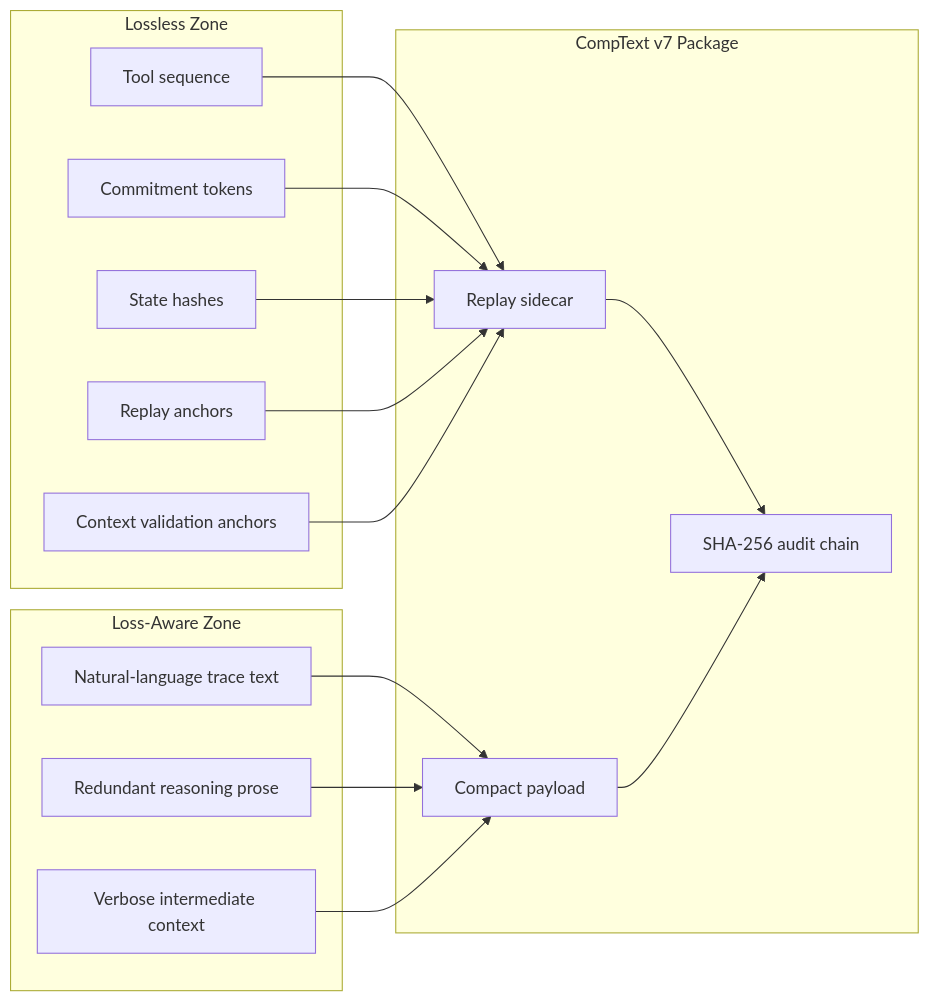
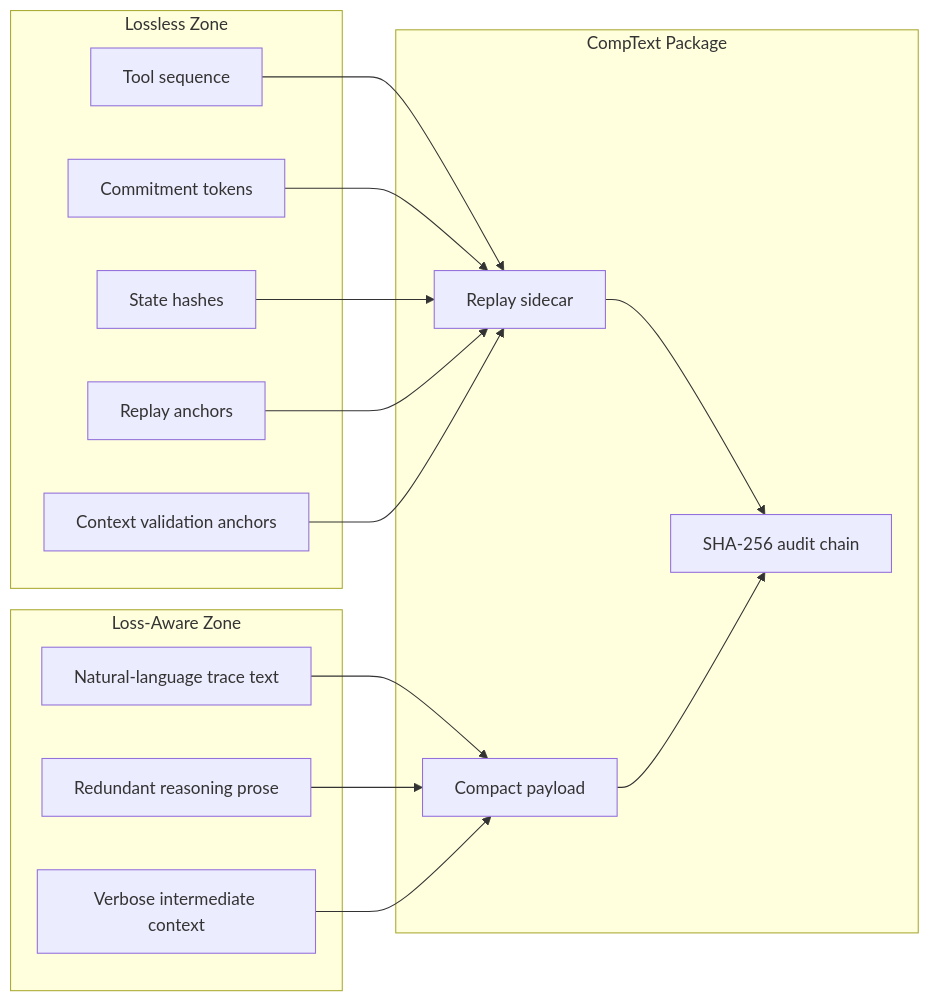
The second of 2 diagrams in README.md (ProfRandom92/Antigravity-Comptextv7), drawn with Mermaid before and after one commit. The commit also changed other lines of this file, not shown here.

Commit message:
docs: align README with CompText-Sparkctl branding

````diff
--- a/README.md
+++ b/README.md
@@ -153,33 +173,33 @@
 ```mermaid
 flowchart LR
     subgraph lossy["Loss-Aware Zone"]
         A["Natural-language trace text"]
         B["Redundant reasoning prose"]
         C["Verbose intermediate context"]
     end
 
     subgraph lossless["Lossless Zone"]
         D["Tool sequence"]
         E["Commitment tokens"]
         F["State hashes"]
         G["Replay anchors"]
         H["Context validation anchors"]
     end
 
-    subgraph output["CompText v7 Package"]
+    subgraph output["CompText Package"]
         I["Compact payload"]
         J["Replay sidecar"]
         K["SHA-256 audit chain"]
     end
 
     A --> I
     B --> I
     C --> I
     D --> J
     E --> J
     F --> J
     G --> J
     H --> J
     J --> K
     I --> K
 ```
````
